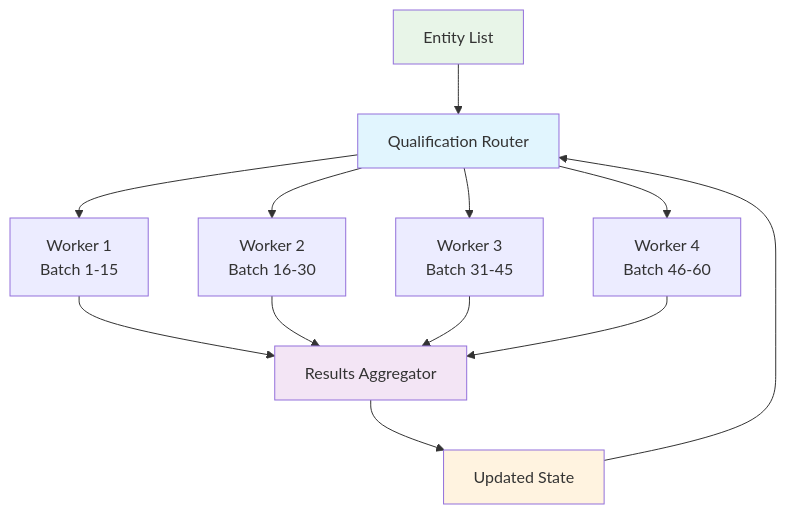
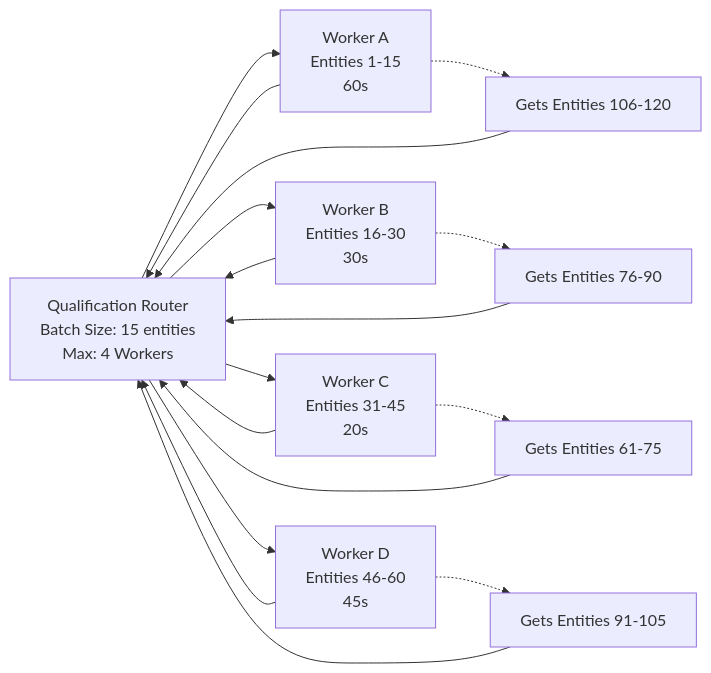
One commit to jzhang17/open-websets changed the first of 2 diagrams in README.md. Above: the diagram before and after it, drawn with Mermaid. The commit also changed 4 other files, not shown here.

````diff
--- a/README.md
+++ b/README.md
@@ -55,21 +55,25 @@
 ```mermaid
-graph TD
-    A[Entity List] --> B[Qualification Router]
-    B --> C[Worker 1<br/>Batch 1-15]
-    B --> D[Worker 2<br/>Batch 16-30]
-    B --> E[Worker 3<br/>Batch 31-45]
-    B --> F[Worker 4<br/>Batch 46-60]
+graph LR
+    B[Qualification Router<br/>Batch Size: 15 entities<br/>Max: 4 Workers]
     
-    C --> G[Results Aggregator]
-    D --> G
-    E --> G
-    F --> G
+    B --> C[Worker A<br/>Entities 1-15<br/>60s]
+    B --> D[Worker B<br/>Entities 16-30<br/>30s] 
+    B --> E[Worker C<br/>Entities 31-45<br/>20s]
+    B --> F[Worker D<br/>Entities 46-60<br/>45s]
     
-    G --> H[Updated State]
+    C --> B
+    D --> B
+    E --> B  
+    F --> B
+    
+    %% Show dynamic reassignment as workers complete
+    E -.-> H[Gets Entities 61-75]
+    D -.-> I[Gets Entities 76-90] 
+    F -.-> J[Gets Entities 91-105]
+    C -.-> K[Gets Entities 106-120]
+    
     H --> B
-    
-    style B fill:#e1f5fe
-    style G fill:#f3e5f5
-    style A fill:#e8f5e8
-    style H fill:#fff3e0
+    I --> B
+    J --> B
+    K --> B
 ```
````
